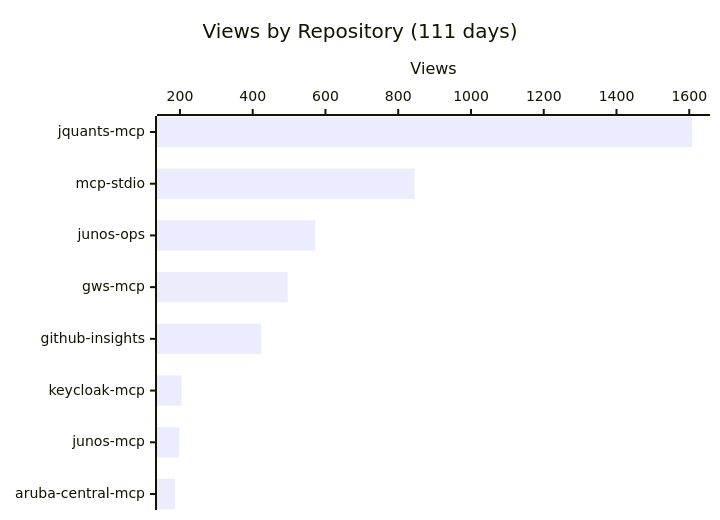
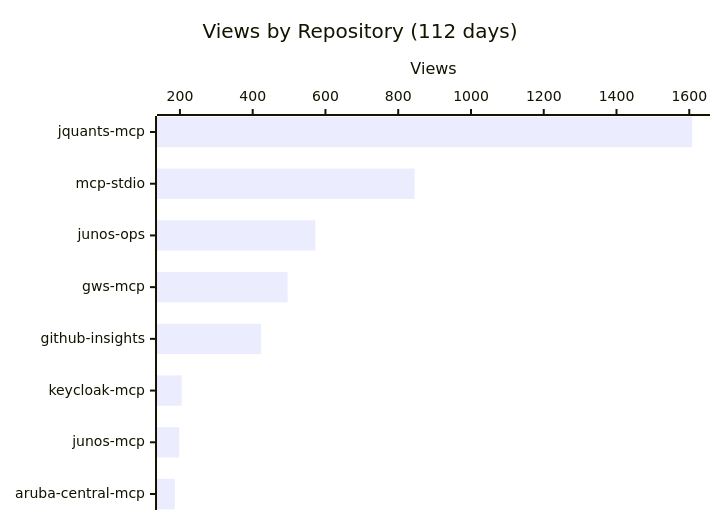
One commit to shigechika/github-insights changed the first of 4 diagrams in README.md. Above: the diagram before and after it, drawn with Mermaid. The commit also changed other lines of this file and 2 other files, not shown here.

````diff
--- a/README.md
+++ b/README.md
@@ -18,7 +18,7 @@
 ```mermaid
 xychart-beta horizontal
-    title "Views by Repository (111 days)"
+    title "Views by Repository (112 days)"
     x-axis ["jquants-mcp", "mcp-stdio", "junos-ops", "gws-mcp", "github-insights", "keycloak-mcp", "junos-mcp", "aruba-central-mcp"]
     y-axis "Views"
     bar [1608, 845, 572, 496, 423, 205, 198, 186]
 ```
````
